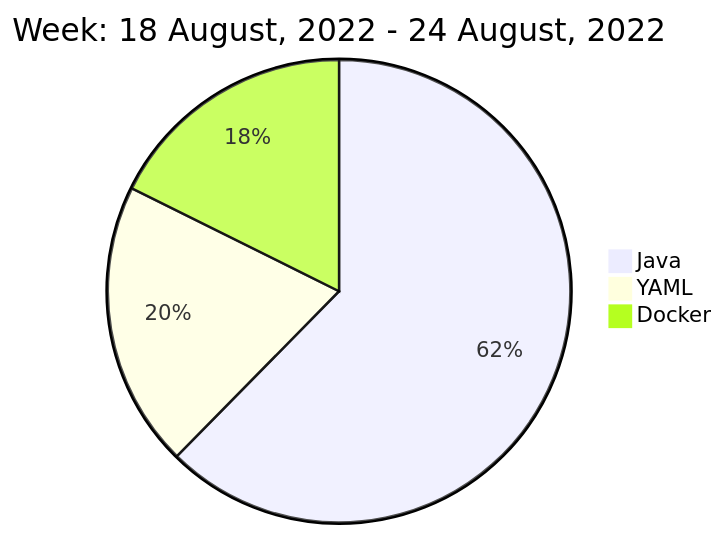
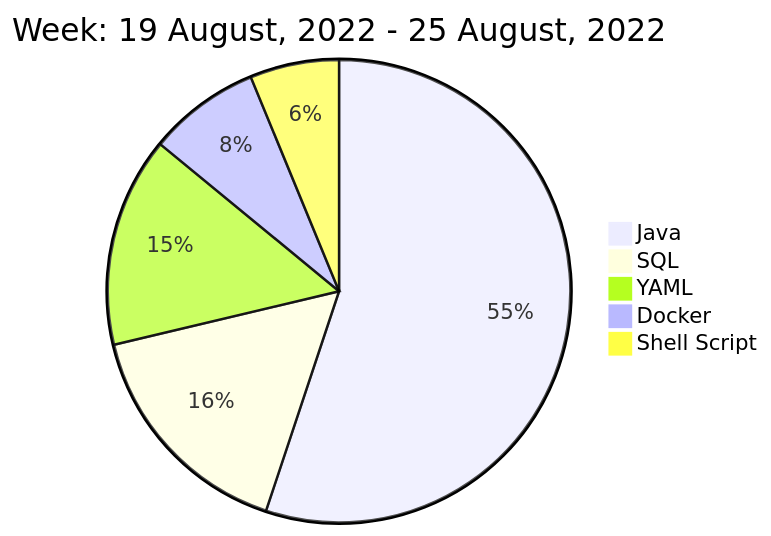
One commit to liubin95/liubin95 changed the diagram in README.md. Above: the diagram before and after it, drawn with Mermaid.

Commit message:
Updated the Graph with new Metrics

````diff
--- a/README.md
+++ b/README.md
@@ -40,7 +40,9 @@
 ```mermaid
  pie
-title Week: 18 August, 2022 - 24 August, 2022
- "Java" : 8.12
- "YAML" : 2.6
- "Docker" : 2.3
+title Week: 19 August, 2022 - 25 August, 2022
+ "Java" : 6.2
+ "SQL" : 1.82
+ "YAML" : 1.65
+ "Docker" : 0.88
+ "Shell Script" : 0.7
 ```
````
